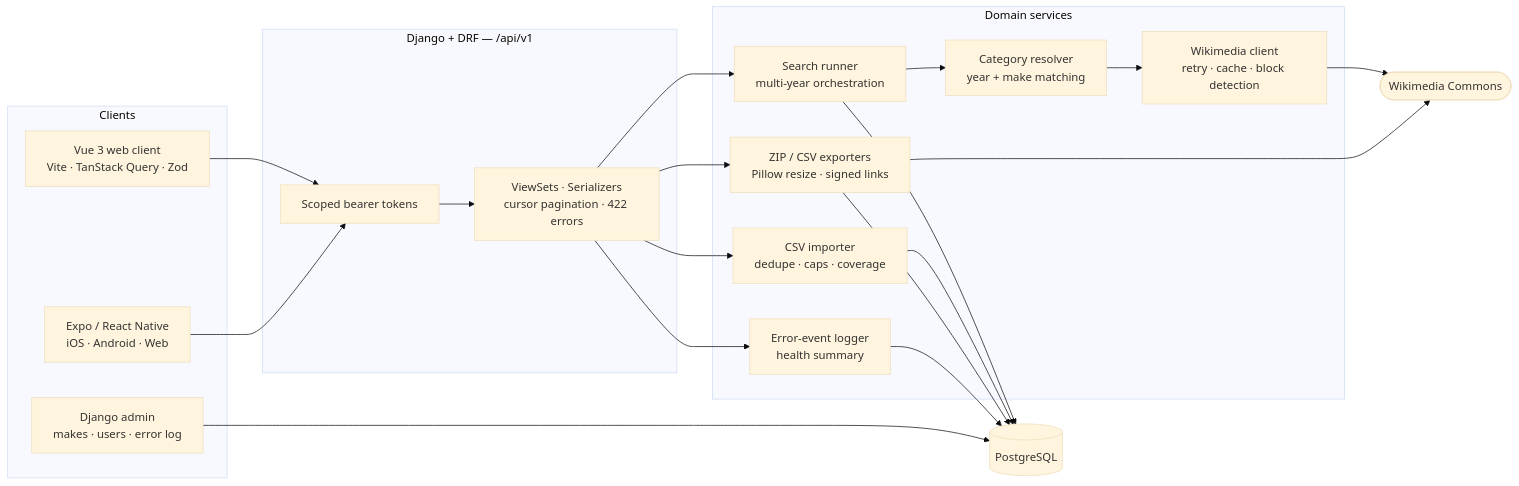
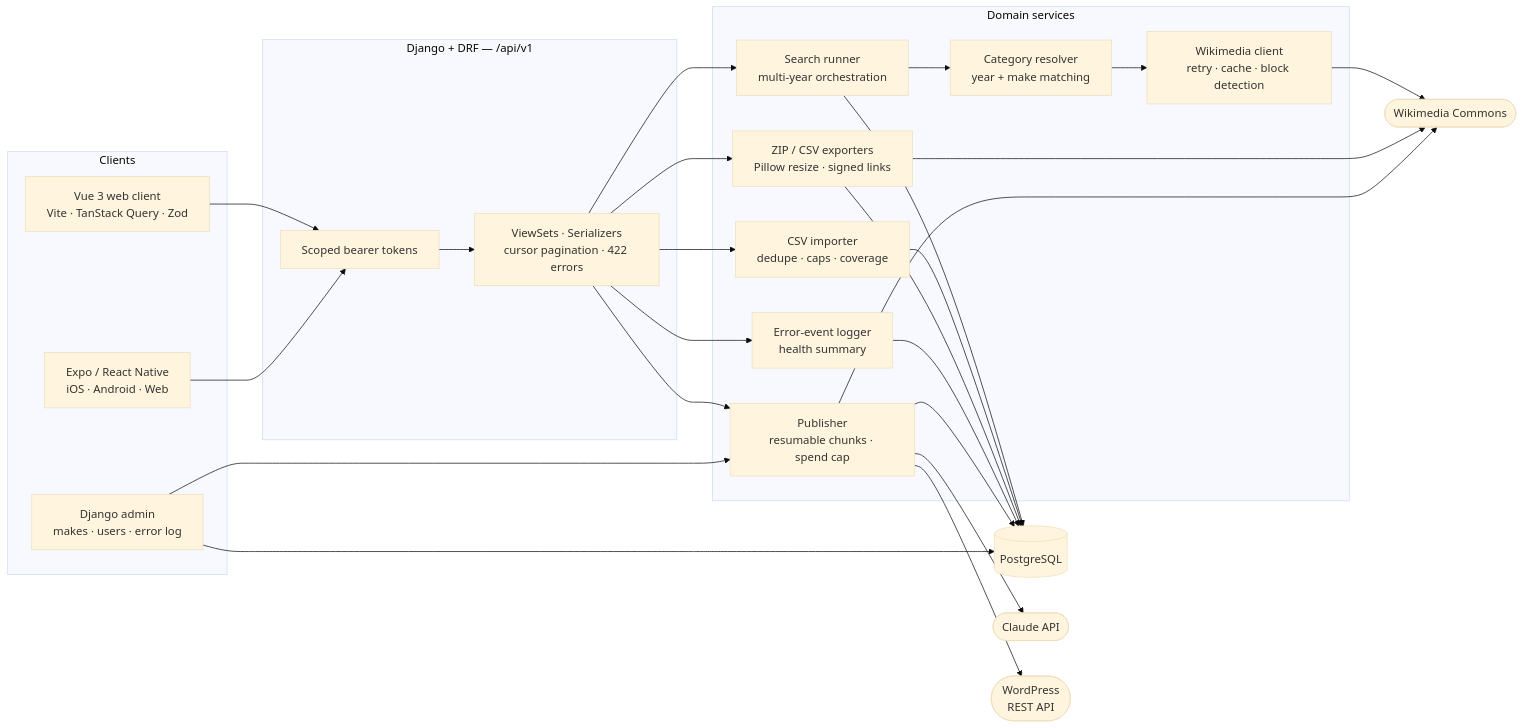
Before and after one commit to RonaldAllanRivera/cars-api-django: the first of 2 diagrams in README.md, drawn with Mermaid (base theme). The commit also changed other lines of this file, not shown here.

````diff
--- a/README.md
+++ b/README.md
@@ -66,34 +83,39 @@
 ```mermaid
 flowchart LR
     subgraph Clients
         WEB["Vue 3 web client<br/>Vite · TanStack Query · Zod"]
         MOB["Expo / React Native<br/>iOS · Android · Web"]
         ADM["Django admin<br/>makes · users · error log"]
     end
 
     subgraph API["Django + DRF  —  /api/v1"]
         AUTH["Scoped bearer tokens"]
         VIEWS["ViewSets · Serializers<br/>cursor pagination · 422 errors"]
     end
 
     subgraph Domain["Domain services"]
         SRCH["Search runner<br/>multi-year orchestration"]
         WMC["Wikimedia client<br/>retry · cache · block detection"]
         MATCH["Category resolver<br/>year + make matching"]
         CSV["CSV importer<br/>dedupe · caps · coverage"]
         EXP["ZIP / CSV exporters<br/>Pillow resize · signed links"]
         OBS["Error-event logger<br/>health summary"]
+        PUB["Publisher<br/>resumable chunks · spend cap"]
     end
 
     DB[("PostgreSQL")]
     WM(["Wikimedia Commons"])
+    CL(["Claude API"])
+    WP(["WordPress<br/>REST API"])
 
     WEB --> AUTH
     MOB --> AUTH
     AUTH --> VIEWS
     ADM --> DB
-    VIEWS --> SRCH & CSV & EXP & OBS
+    VIEWS --> SRCH & CSV & EXP & OBS & PUB
+    ADM --> PUB
     SRCH --> MATCH --> WMC --> WM
     EXP --> WM
-    SRCH & CSV & EXP & OBS --> DB
+    PUB --> CL & WP & WM
+    SRCH & CSV & EXP & OBS & PUB --> DB
 ```
````
